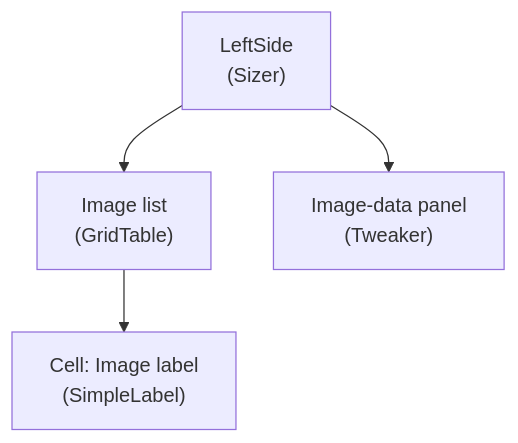
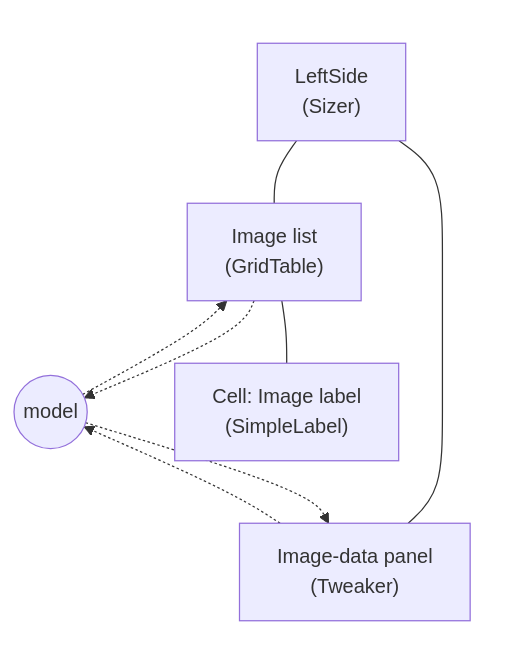
One commit to rexrainbow/phaser3-rex-playground changed the second of 4 diagrams in projects/atlas-packer/readme.md. Above: the diagram before and after it, drawn with Mermaid. The commit also changed other lines of this file, not shown here.

Commit message:
Try to add model in diagram

````diff
--- a/projects/atlas-packer/readme.md
+++ b/projects/atlas-packer/readme.md
@@ -26,8 +32,22 @@
 ```mermaid
 graph TD
 
-LeftSidePanel["LeftSide<br>(Sizer)"]
-LeftSidePanel --> ImageList["Image list<br>(GridTable)"]
-ImageList --> ImageLabel["Cell: Image label<br>(SimpleLabel)"]
-LeftSidePanel --> ImageDataPanel["Image-data panel<br>(Tweaker)"]
+subgraph ui
+  LeftSidePanel["LeftSide<br>(Sizer)"]
+  
+  LeftSidePanel --- ImageList["Image list<br>(GridTable)"]
+  ImageList --- ImageLabel["Cell: Image label<br>(SimpleLabel)"]
+  LeftSidePanel --- ImageDataPanel["Image-data panel<br>(Tweaker)"]
+end
+
+style ui color:transparent
+style ui fill:transparent
+style ui stroke:transparent
+
+model((model))
+model -.-> ImageList
+ImageList -.-> model
+
+ImageDataPanel -.-> model
+model -.-> ImageDataPanel
 ```
````
